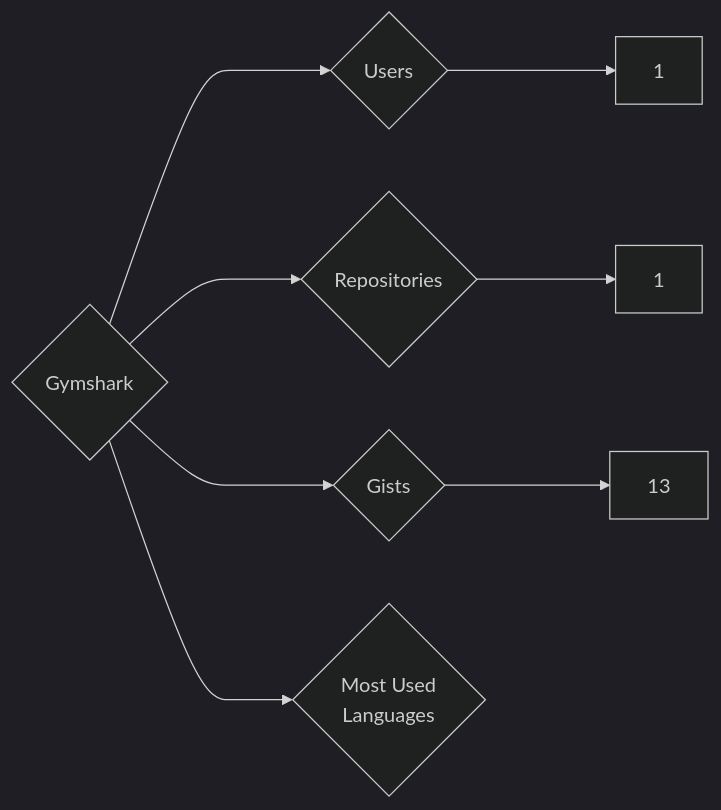
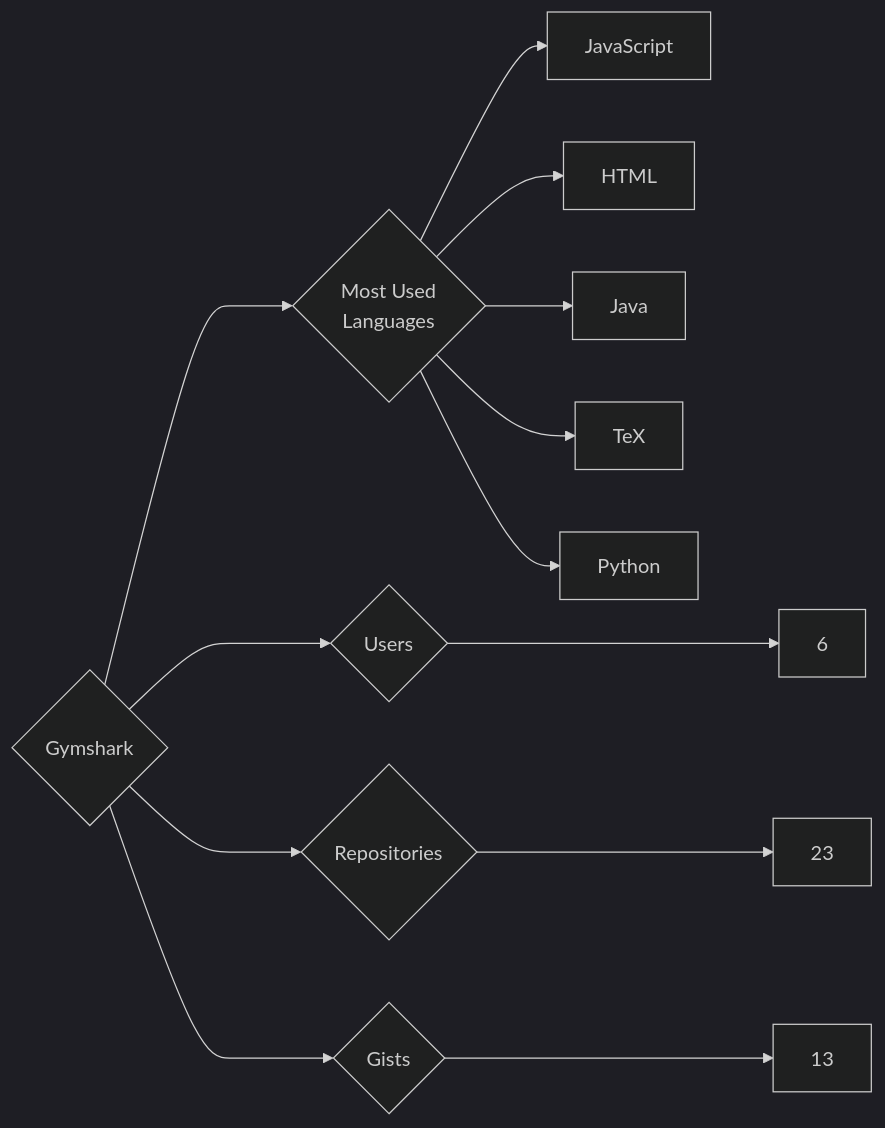
One commit to trickest/insiders changed the diagram in targets/Gymshark/README.md. Above: the diagram before and after it, drawn with Mermaid (dark theme). The commit also changed 873 other files, not shown here.

````diff
--- a/targets/Gymshark/README.md
+++ b/targets/Gymshark/README.md
@@ -3,8 +3,13 @@
 ```mermaid
 graph LR
 COMPANY_NAME{Gymshark}
-COMPANY_NAME ---> U{Users} ---> UN[1]
-COMPANY_NAME ---> R{Repositories} ---> RN[1]
+COMPANY_NAME ---> U{Users} ---> UN[6]
+COMPANY_NAME ---> R{Repositories} ---> RN[23]
 COMPANY_NAME ---> G{Gists} ---> GN[13]
 COMPANY_NAME ---> ML{Most Used<br>Languages}
+ML --> JavaScript[JavaScript]
+ML --> HTML[HTML]
+ML --> Java[Java]
+ML --> TeX[TeX]
+ML --> Python[Python]
 ```
````
